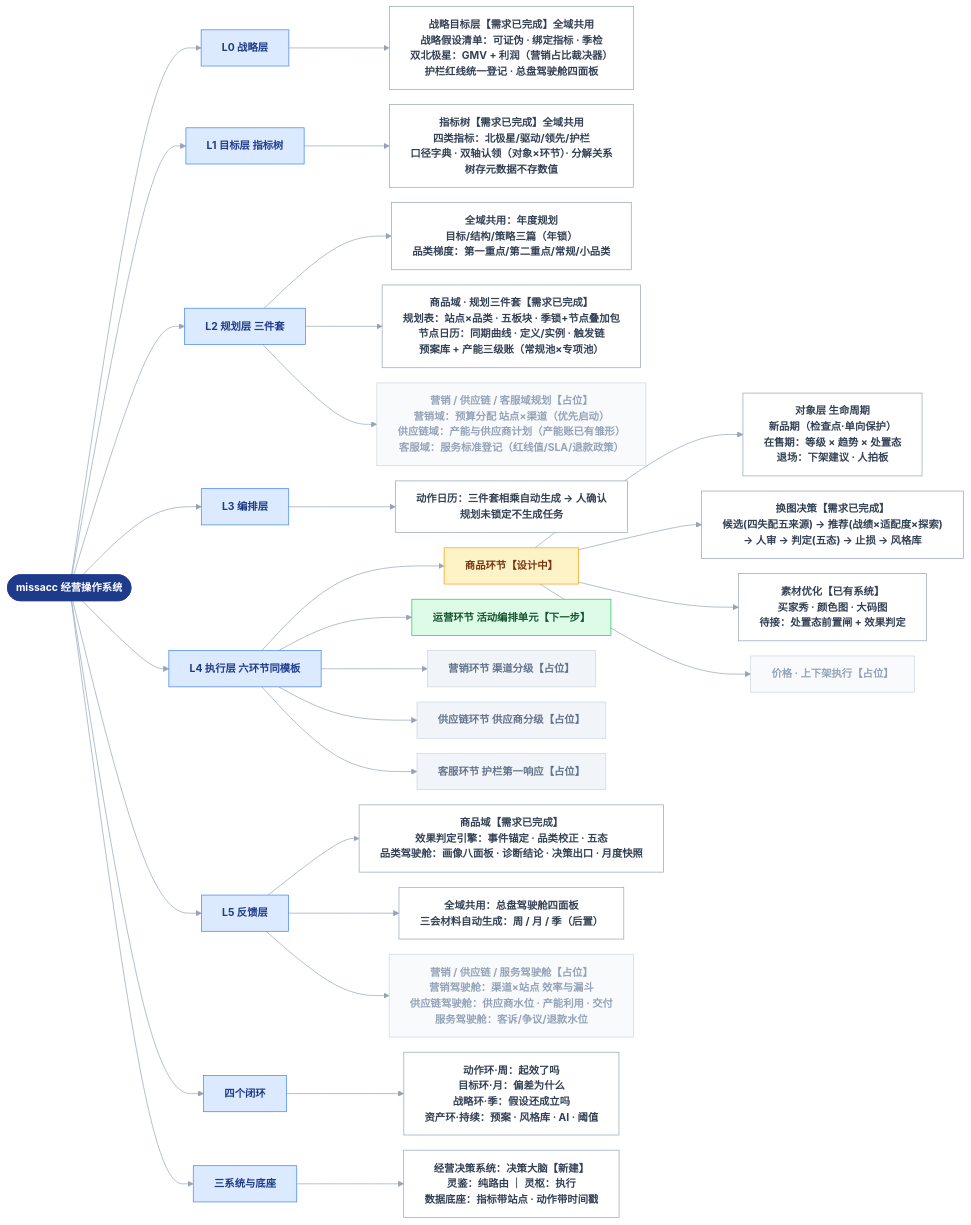
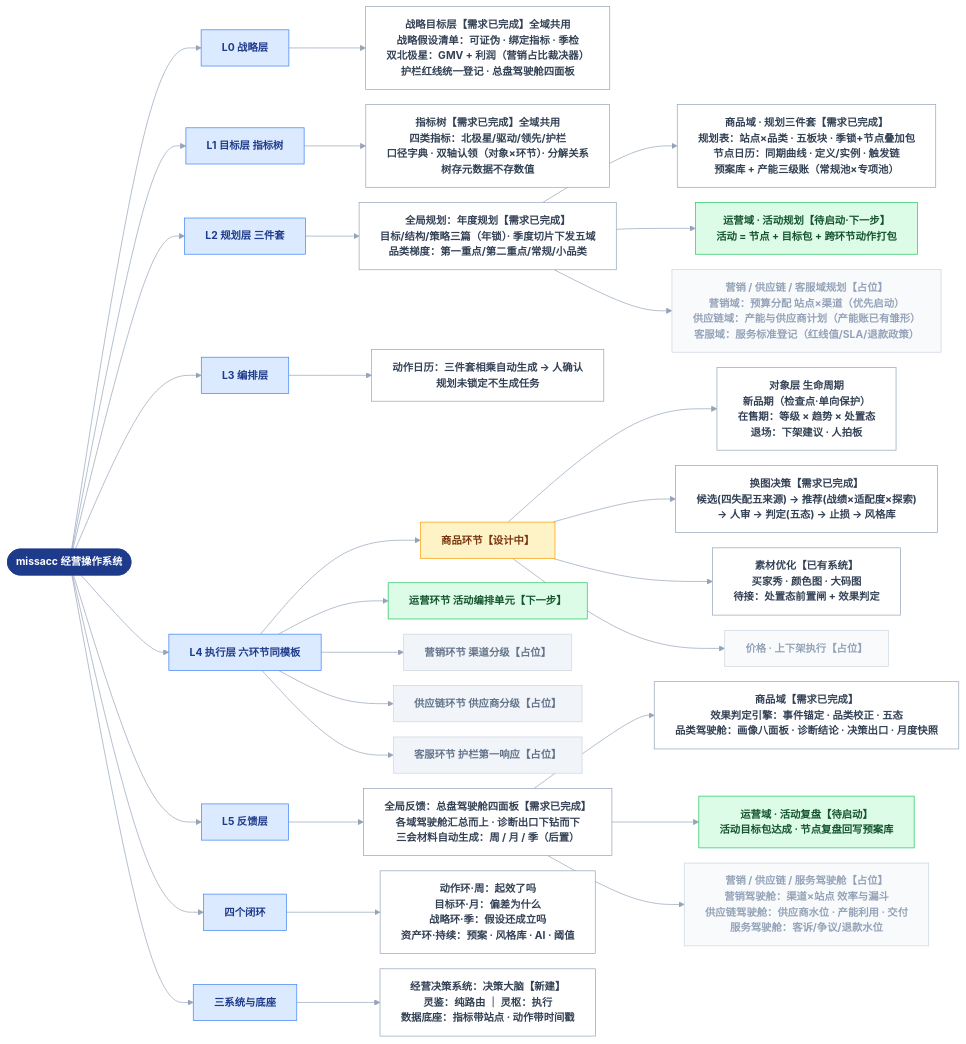
The diagram in docs/系统结构总览.md (devlee/ma), drawn with Mermaid before and after one commit. The commit also changed other lines of this file, not shown here.

```diff
--- a/docs/系统结构总览.md
+++ b/docs/系统结构总览.md
@@ -31,14 +31,16 @@
 口径字典 · 双轴认领（对象×环节）· 分解关系
 树存元数据不存数值"]:::leaf
 
-  L2 --> L2A["全域共用：年度规划
-目标/结构/策略三篇（年锁）
+  L2 --> L2A["全局规划：年度规划【需求已完成】
+目标/结构/策略三篇（年锁）· 季度切片下发五域
 品类梯度：第一重点/第二重点/常规/小品类"]:::leaf
-  L2 --> L2C["商品域 · 规划三件套【需求已完成】
+  L2A --> L2C["商品域 · 规划三件套【需求已完成】
 规划表：站点×品类 · 五板块 · 季锁+节点叠加包
 节点日历：同期曲线 · 定义/实例 · 触发链
 预案库 + 产能三级账（常规池×专项池）"]:::leaf
-  L2 --> L2F["营销 / 供应链 / 客服域规划【占位】
+  L2A --> L2O["运营域 · 活动规划【待启动·下一步】
+活动 = 节点 + 目标包 + 跨环节动作打包"]:::env
+  L2A --> L2F["营销 / 供应链 / 客服域规划【占位】
 营销域：预算分配 站点×渠道（优先启动）
 供应链域：产能与供应商计划（产能账已有雏形）
 客服域：服务标准登记（红线值/SLA/退款政策）"]:::dimleaf
@@ -64,12 +66,15 @@
 待接：处置态前置闸 + 效果判定"]:::leaf
   GOODS --> MORE["价格 · 上下架执行【占位】"]:::dimleaf
 
-  L5 --> L5C["商品域【需求已完成】
+  L5 --> L5G["全局反馈：总盘驾驶舱四面板【需求已完成】
+各域驾驶舱汇总而上 · 诊断出口下钻而下
+三会材料自动生成：周 / 月 / 季（后置）"]:::leaf
+  L5G --> L5C["商品域【需求已完成】
 效果判定引擎：事件锚定 · 品类校正 · 五态
 品类驾驶舱：画像八面板 · 诊断结论 · 决策出口 · 月度快照"]:::leaf
-  L5 --> L5G["全域共用：总盘驾驶舱四面板
-三会材料自动生成：周 / 月 / 季（后置）"]:::leaf
-  L5 --> L5F["营销 / 供应链 / 服务驾驶舱【占位】
+  L5G --> L5O["运营域 · 活动复盘【待启动】
+活动目标包达成 · 节点复盘回写预案库"]:::env
+  L5G --> L5F["营销 / 供应链 / 服务驾驶舱【占位】
 营销驾驶舱：渠道×站点 效率与漏斗
 供应链驾驶舱：供应商水位 · 产能利用 · 交付
 服务驾驶舱：客诉/争议/退款水位"]:::dimleaf
```
